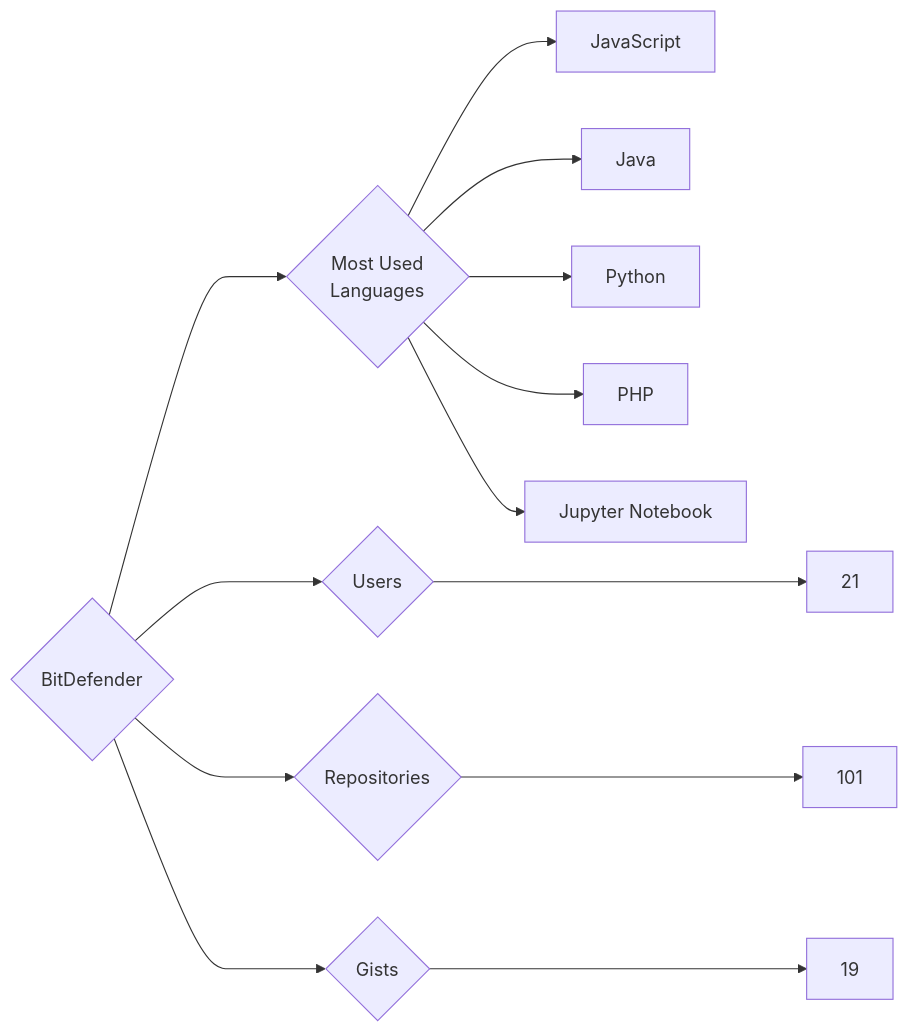
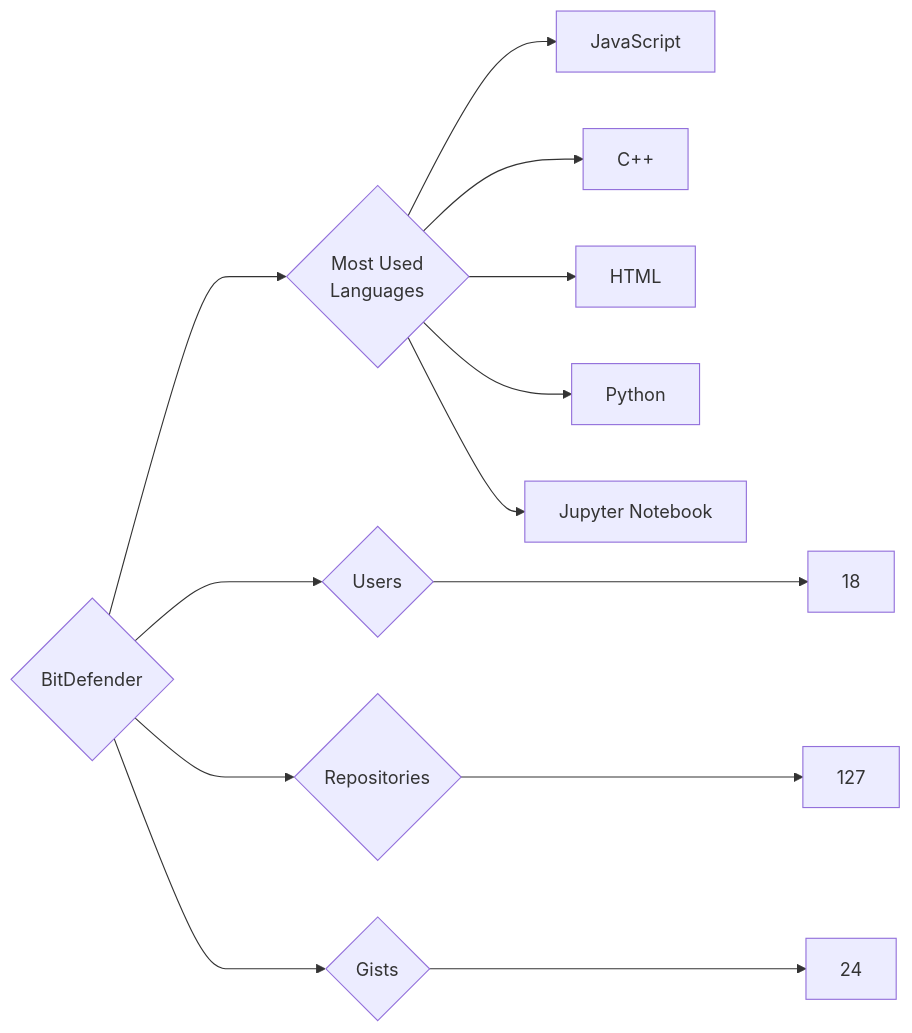
Before and after one commit to trickest/insiders: the diagram in targets/BitDefender/README.md, drawn with Mermaid. The commit also changed 814 other files, not shown here.

````diff
--- a/targets/BitDefender/README.md
+++ b/targets/BitDefender/README.md
@@ -3,13 +3,13 @@
 ```mermaid
 graph LR
 COMPANY_NAME{BitDefender}
-COMPANY_NAME ---> U{Users} ---> UN[21]
-COMPANY_NAME ---> R{Repositories} ---> RN[101]
-COMPANY_NAME ---> G{Gists} ---> GN[19]
+COMPANY_NAME ---> U{Users} ---> UN[18]
+COMPANY_NAME ---> R{Repositories} ---> RN[127]
+COMPANY_NAME ---> G{Gists} ---> GN[24]
 COMPANY_NAME ---> ML{Most Used<br>Languages}
 ML --> JavaScript[JavaScript]
-ML --> Java[Java]
+ML --> C++[C++]
+ML --> HTML[HTML]
 ML --> Python[Python]
-ML --> PHP[PHP]
 ML --> Jupyter_Notebook[Jupyter Notebook]
 ```
````
